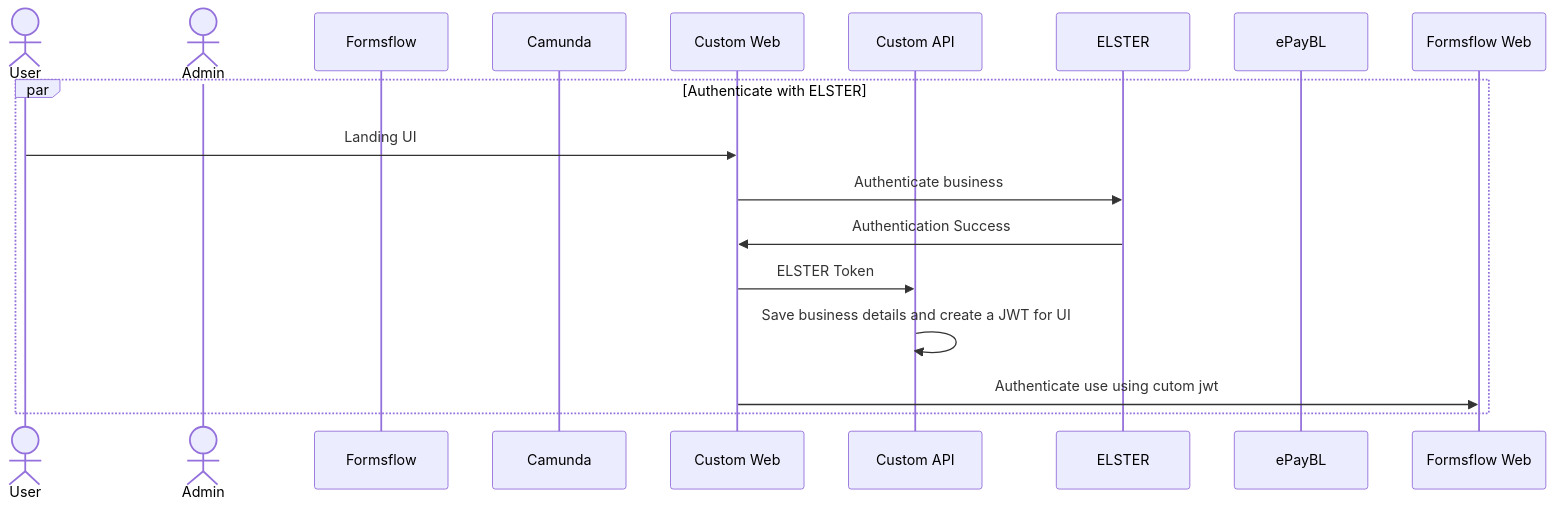
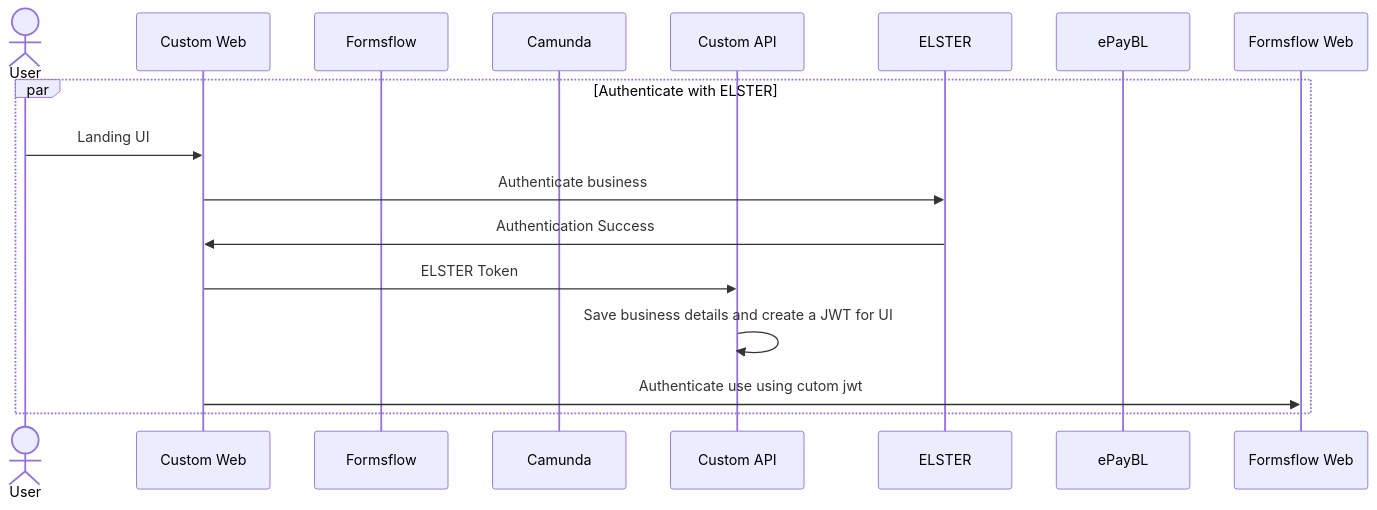
One commit to sumesh-aot/forms-flow-ai-rfcs changed the diagram in rfcs/public_plan.md. Above: the diagram before and after it, drawn with Mermaid.

````diff
--- a/rfcs/public_plan.md
+++ b/rfcs/public_plan.md
@@ -3,24 +3,23 @@
 ```mermaid
 sequenceDiagram
     actor  User
-    actor  Admin
+    participant Custom Web
     participant Formsflow
     participant Camunda
-    participant Custom Web
     participant Custom API
     participant ELSTER
     participant ePayBL
 
     par Authenticate with ELSTER
         User ->> Custom Web : Landing UI
         Custom Web ->> ELSTER : Authenticate business
         ELSTER ->> Custom Web : Authentication Success
         Custom Web ->> Custom API : ELSTER Token
         Custom API ->> Custom API : Save business details and create a JWT for UI
         Custom Web ->> Formsflow Web : Authenticate use using cutom jwt
 
 
     end
 
 
 ```
````
